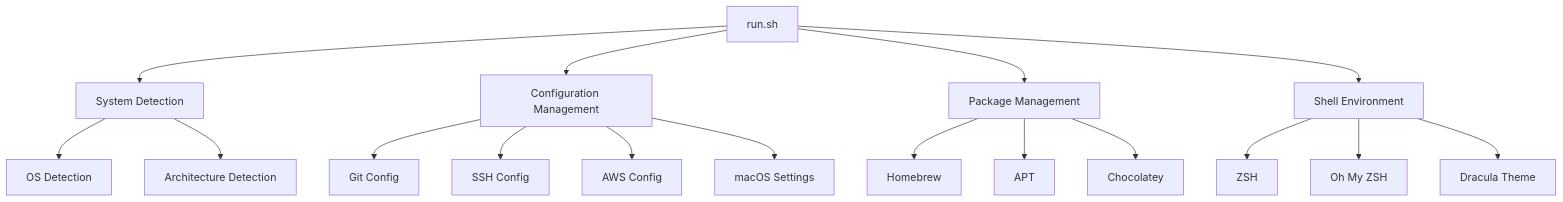
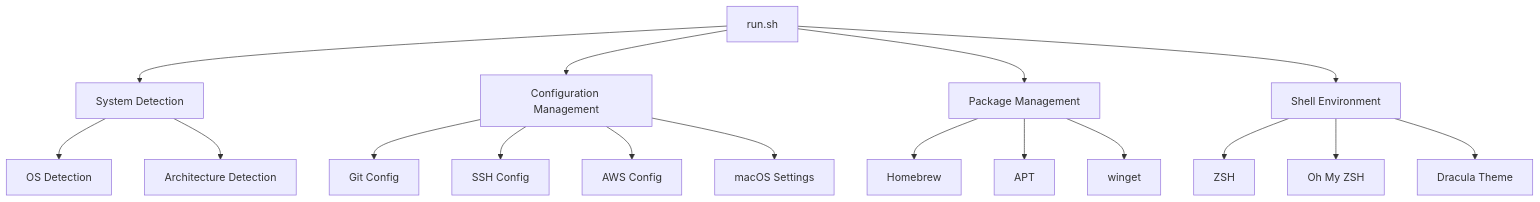
One commit to nalbam/dotfiles changed the first of 2 diagrams in docs/ARCHITECTURE.md. Above: the diagram before and after it, drawn with Mermaid. The commit also changed other lines of this file, not shown here.

Commit message:
fix: Update package manager references from Chocolatey to winget for Windows

````diff
--- a/docs/ARCHITECTURE.md
+++ b/docs/ARCHITECTURE.md
@@ -9,23 +9,23 @@
 ```mermaid
 graph TD
     A[run.sh] --> B[System Detection]
     A --> C[Configuration Management]
     A --> D[Package Management]
     A --> E[Shell Environment]
 
     B --> B1[OS Detection]
     B --> B2[Architecture Detection]
 
     C --> C1[Git Config]
     C --> C2[SSH Config]
     C --> C3[AWS Config]
     C --> C4[macOS Settings]
 
     D --> D1[Homebrew]
     D --> D2[APT]
-    D --> D3[Chocolatey]
+    D --> D3[winget]
 
     E --> E1[ZSH]
     E --> E2[Oh My ZSH]
     E --> E3[Dracula Theme]
 ```
````
